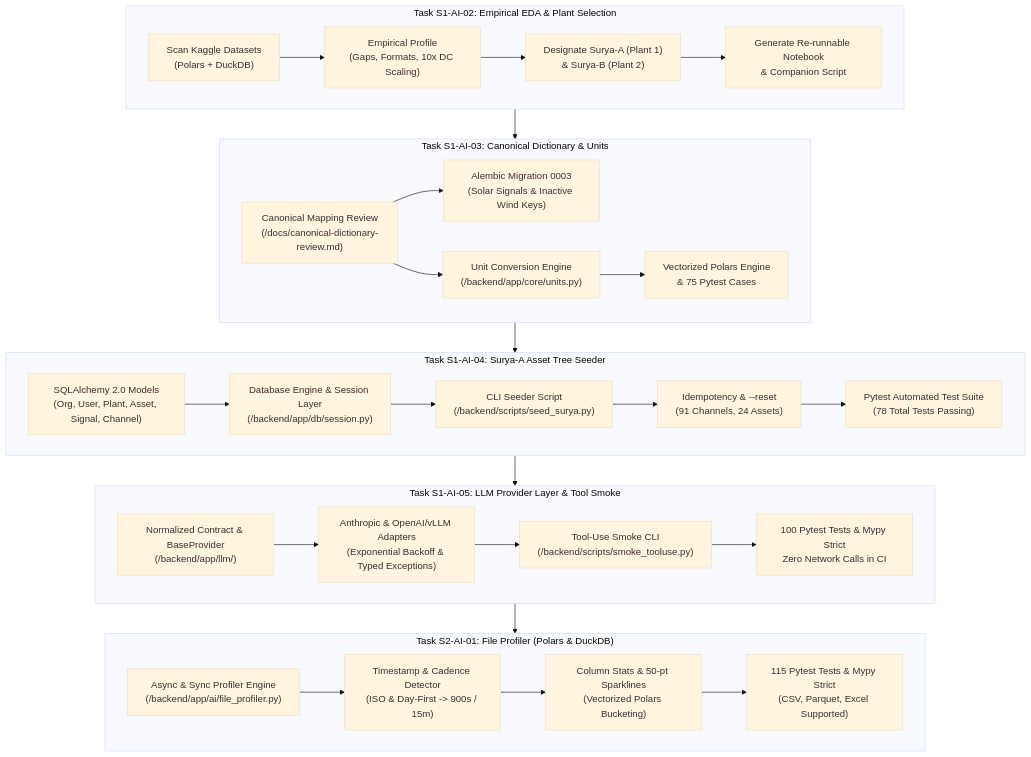
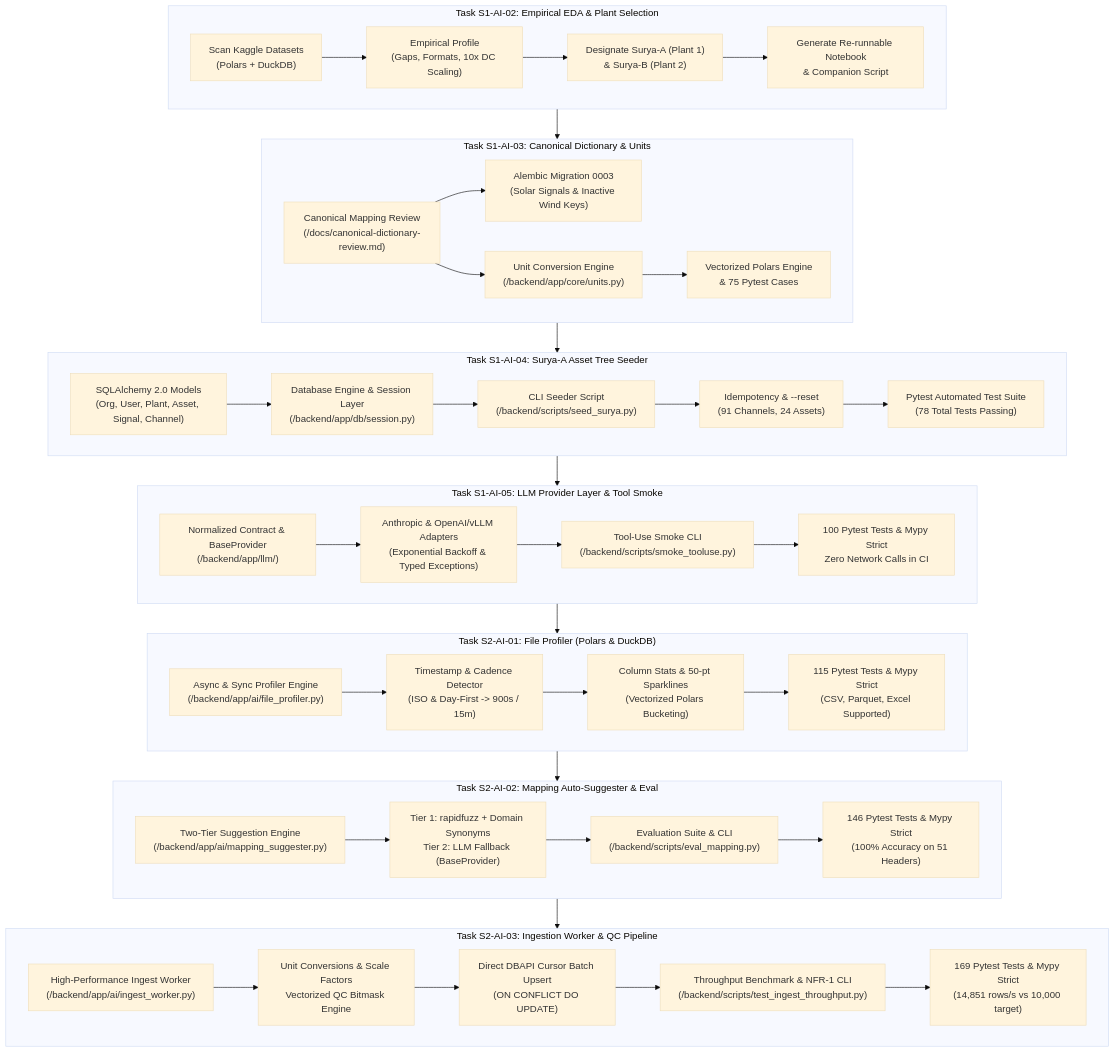
One commit to SaiTulasiisukapalli/PlantIQ changed the first of 3 diagrams in docs/walkthrough.md. Above: the diagram before and after it, drawn with Mermaid (base theme). The commit also changed other lines of this file and 11 other files, not shown here.

First line of the commit message:
feat(ai): implement mapping auto-suggester and high-performance ingestion worker (Tasks S2-AI-02 & S2-AI-03)

````diff
--- a/docs/walkthrough.md
+++ b/docs/walkthrough.md
@@ -9,38 +9,53 @@
 ```mermaid
 flowchart TD
     subgraph S1_AI_02["Task S1-AI-02: Empirical EDA & Plant Selection"]
         D1["Scan Kaggle Datasets\n(Polars + DuckDB)"] --> D2["Empirical Profile\n(Gaps, Formats, 10x DC Scaling)"]
         D2 --> D3["Designate Surya-A (Plant 1)\n& Surya-B (Plant 2)"]
         D3 --> D4["Generate Re-runnable Notebook\n& Companion Script"]
     end
 
     subgraph S1_AI_03["Task S1-AI-03: Canonical Dictionary & Units"]
         C1["Canonical Mapping Review\n(/docs/canonical-dictionary-review.md)"] --> C2["Alembic Migration 0003\n(Solar Signals & Inactive Wind Keys)"]
         C1 --> C3["Unit Conversion Engine\n(/backend/app/core/units.py)"]
         C3 --> C4["Vectorized Polars Engine\n& 75 Pytest Cases"]
     end
 
     subgraph S1_AI_04["Task S1-AI-04: Surya-A Asset Tree Seeder"]
         M1["SQLAlchemy 2.0 Models\n(Org, User, Plant, Asset, Signal, Channel)"] --> M2["Database Engine & Session Layer\n(/backend/app/db/session.py)"]
         M2 --> M3["CLI Seeder Script\n(/backend/scripts/seed_surya.py)"]
         M3 --> M4["Idempotency & --reset\n(91 Channels, 24 Assets)"]
         M4 --> M5["Pytest Automated Test Suite\n(78 Total Tests Passing)"]
     end
 
     subgraph S1_AI_05["Task S1-AI-05: LLM Provider Layer & Tool Smoke"]
         L1["Normalized Contract & BaseProvider\n(/backend/app/llm/)"] --> L2["Anthropic & OpenAI/vLLM Adapters\n(Exponential Backoff & Typed Exceptions)"]
         L2 --> L3["Tool-Use Smoke CLI\n(/backend/scripts/smoke_tooluse.py)"]
         L3 --> L4["100 Pytest Tests & Mypy Strict\nZero Network Calls in CI"]
     end
 
     subgraph S2_AI_01["Task S2-AI-01: File Profiler (Polars & DuckDB)"]
         P1["Async & Sync Profiler Engine\n(/backend/app/ai/file_profiler.py)"] --> P2["Timestamp & Cadence Detector\n(ISO & Day-First -> 900s / 15m)"]
         P2 --> P3["Column Stats & 50-pt Sparklines\n(Vectorized Polars Bucketing)"]
         P3 --> P4["115 Pytest Tests & Mypy Strict\n(CSV, Parquet, Excel Supported)"]
     end
 
+    subgraph S2_AI_02["Task S2-AI-02: Mapping Auto-Suggester & Eval"]
+        M_S1["Two-Tier Suggestion Engine\n(/backend/app/ai/mapping_suggester.py)"] --> M_S2["Tier 1: rapidfuzz + Domain Synonyms\nTier 2: LLM Fallback (BaseProvider)"]
+        M_S2 --> M_S3["Evaluation Suite & CLI\n(/backend/scripts/eval_mapping.py)"]
+        M_S3 --> M_S4["146 Pytest Tests & Mypy Strict\n(100% Accuracy on 51 Headers)"]
+    end
+
+    subgraph S2_AI_03["Task S2-AI-03: Ingestion Worker & QC Pipeline"]
+        I1["High-Performance Ingest Worker\n(/backend/app/ai/ingest_worker.py)"] --> I2["Unit Conversions & Scale Factors\nVectorized QC Bitmask Engine"]
+        I2 --> I3["Direct DBAPI Cursor Batch Upsert\n(ON CONFLICT DO UPDATE)"]
+        I3 --> I4["Throughput Benchmark & NFR-1 CLI\n(/backend/scripts/test_ingest_throughput.py)"]
+        I4 --> I5["169 Pytest Tests & Mypy Strict\n(14,851 rows/s vs 10,000 target)"]
+    end
+
     S1_AI_02 --> S1_AI_03
     S1_AI_03 --> S1_AI_04
     S1_AI_04 --> S1_AI_05
     S1_AI_05 --> S2_AI_01
+    S2_AI_01 --> S2_AI_02
+    S2_AI_02 --> S2_AI_03
 ```
````
